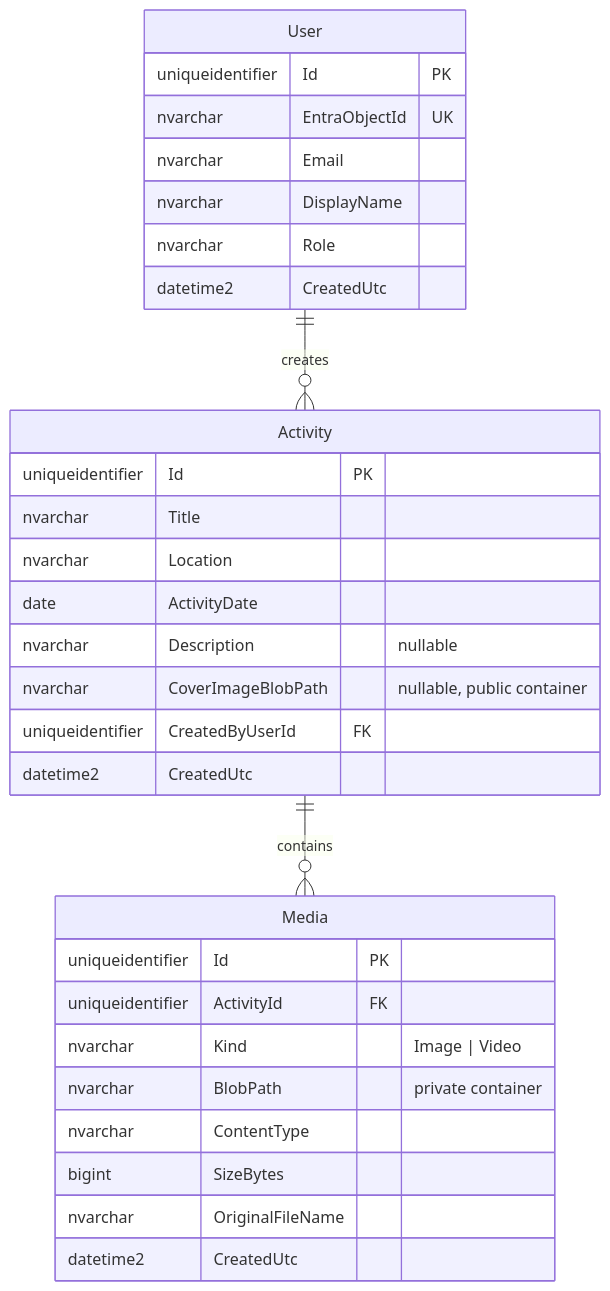
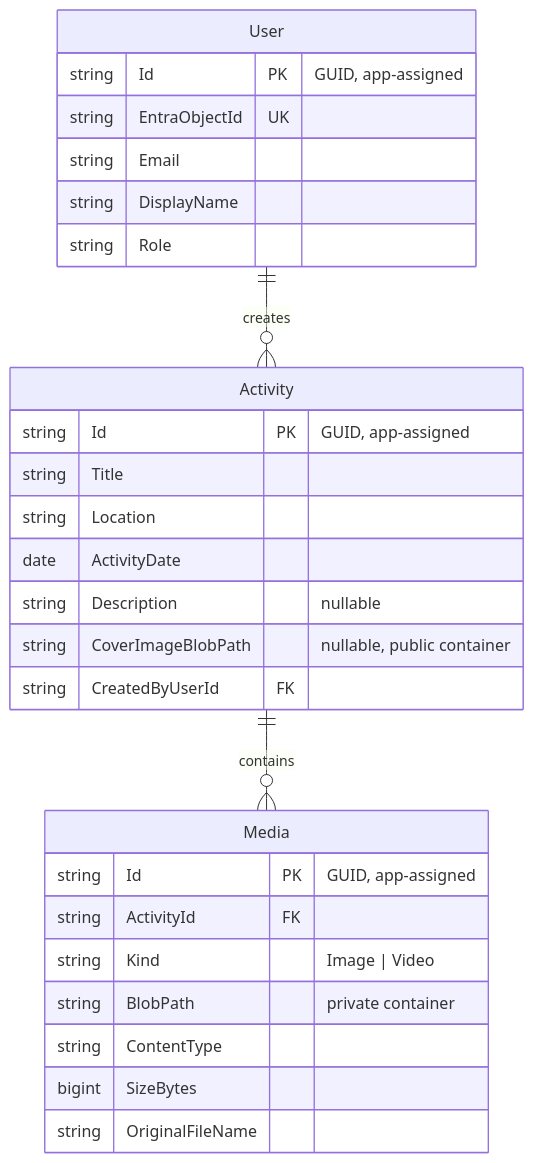
The diagram in docs/PRD.md (RhaegarC/TrailBlaze), drawn with Mermaid before and after one commit. The commit also changed other lines of this file and 21 other files, not shown here.

````diff
--- a/docs/PRD.md
+++ b/docs/PRD.md
@@ -84,33 +141,30 @@
 ```mermaid
 erDiagram
     User ||--o{ Activity : creates
     Activity ||--o{ Media : contains
     User {
-        uniqueidentifier Id PK
-        nvarchar EntraObjectId UK
-        nvarchar Email
-        nvarchar DisplayName
-        nvarchar Role
-        datetime2 CreatedUtc
+        string Id PK "GUID, app-assigned"
+        string EntraObjectId UK
+        string Email
+        string DisplayName
+        string Role
     }
     Activity {
-        uniqueidentifier Id PK
-        nvarchar Title
-        nvarchar Location
+        string Id PK "GUID, app-assigned"
+        string Title
+        string Location
         date ActivityDate
-        nvarchar Description "nullable"
-        nvarchar CoverImageBlobPath "nullable, public container"
-        uniqueidentifier CreatedByUserId FK
-        datetime2 CreatedUtc
+        string Description "nullable"
+        string CoverImageBlobPath "nullable, public container"
+        string CreatedByUserId FK
     }
     Media {
-        uniqueidentifier Id PK
-        uniqueidentifier ActivityId FK
-        nvarchar Kind "Image | Video"
-        nvarchar BlobPath "private container"
-        nvarchar ContentType
+        string Id PK "GUID, app-assigned"
+        string ActivityId FK
+        string Kind "Image | Video"
+        string BlobPath "private container"
+        string ContentType
         bigint SizeBytes
-        nvarchar OriginalFileName
-        datetime2 CreatedUtc
+        string OriginalFileName
     }
 ```
````
